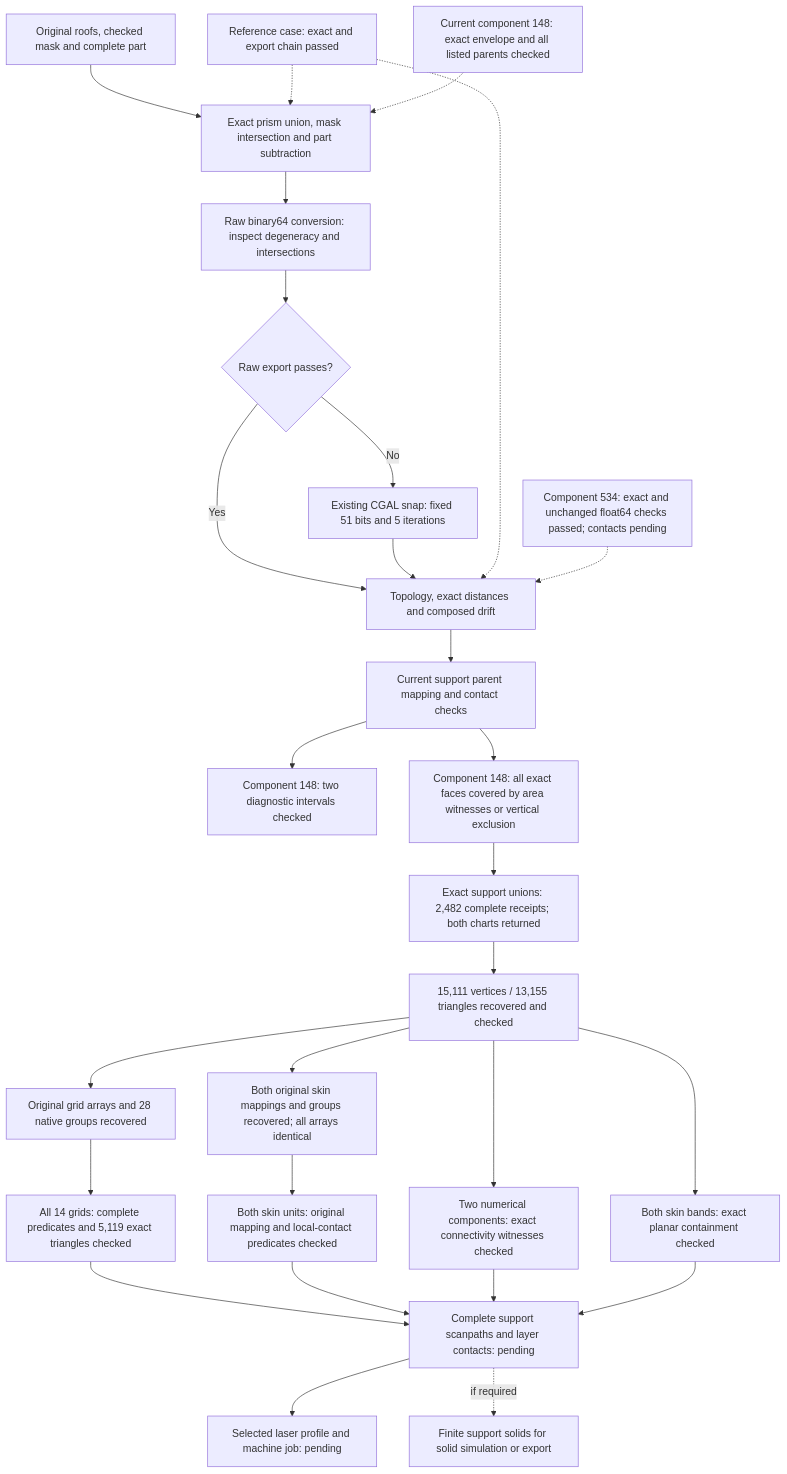
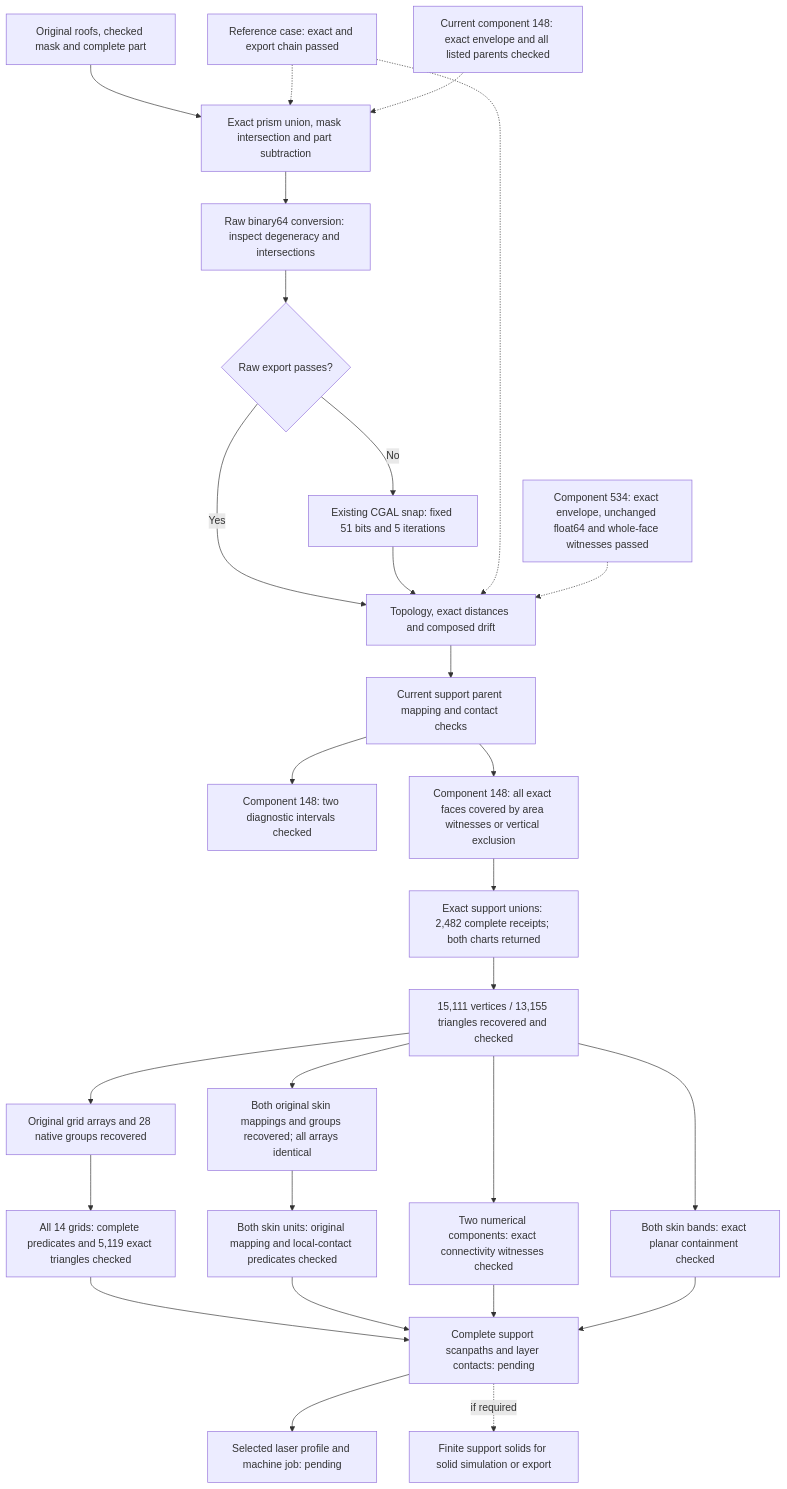
One commit to cluster2600/porscheparts changed the diagram in docs/reports/carrier-current-support-projection-20261107.md. Above: the diagram before and after it, drawn with Mermaid. The commit also changed other lines of this file and 2 other files, not shown here.

Commit message:
Document complete exact face witnesses for the second carrier support envelope

````diff
--- a/docs/reports/carrier-current-support-projection-20261107.md
+++ b/docs/reports/carrier-current-support-projection-20261107.md
@@ -705,30 +727,30 @@
 ```mermaid
 flowchart TB
     INPUT["Original roofs, checked mask and complete part"] --> EXACT["Exact prism union, mask intersection and part subtraction"]
     EXACT --> RAW["Raw binary64 conversion: inspect degeneracy and intersections"]
     RAW --> EXPORT{"Raw export passes?"}
     EXPORT -->|"No"| SNAP["Existing CGAL snap: fixed 51 bits and 5 iterations"]
     EXPORT -->|"Yes"| CHECK
     SNAP --> CHECK["Topology, exact distances and composed drift"]
     CHECK --> CONTACT["Current support parent mapping and contact checks"]
     CONTACT --> SECTION["Component 148: two diagnostic intervals checked"]
     CONTACT --> FULL["Component 148: all exact faces covered by area witnesses or vertical exclusion"]
     FULL --> UNIONS["Exact support unions: 2,482 complete receipts; both charts returned"]
     UNIONS --> SHEETS["15,111 vertices / 13,155 triangles recovered and checked"]
     SHEETS --> GRAPH["Two numerical components: exact connectivity witnesses checked"]
     SHEETS --> BAND["Both skin bands: exact planar containment checked"]
     SHEETS --> GRID["Original grid arrays and 28 native groups recovered"]
     SHEETS --> SKINS["Both original skin mappings and groups recovered; all arrays identical"]
     GRID --> UNITS["All 14 grids: complete predicates and 5,119 exact triangles checked"]
     UNITS --> MATERIAL
     SKINS --> SKINUNITS["Both skin units: original mapping and local-contact predicates checked"]
     SKINUNITS --> MATERIAL
     GRAPH --> MATERIAL["Complete support scanpaths and layer contacts: pending"]
     BAND --> MATERIAL
     MATERIAL --> JOB["Selected laser profile and machine job: pending"]
     MATERIAL -. if required .-> SOLID["Finite support solids for solid simulation or export"]
     CONTROL["Reference case: exact and export chain passed"] -.-> EXACT
     CONTROL -.-> CHECK
     CURRENT["Current component 148: exact envelope and all listed parents checked"] -.-> EXACT
-    CURRENT534["Component 534: exact and unchanged float64 checks passed; contacts pending"] -.-> CHECK
+    CURRENT534["Component 534: exact envelope, unchanged float64 and whole-face witnesses passed"] -.-> CHECK
 ```
````
